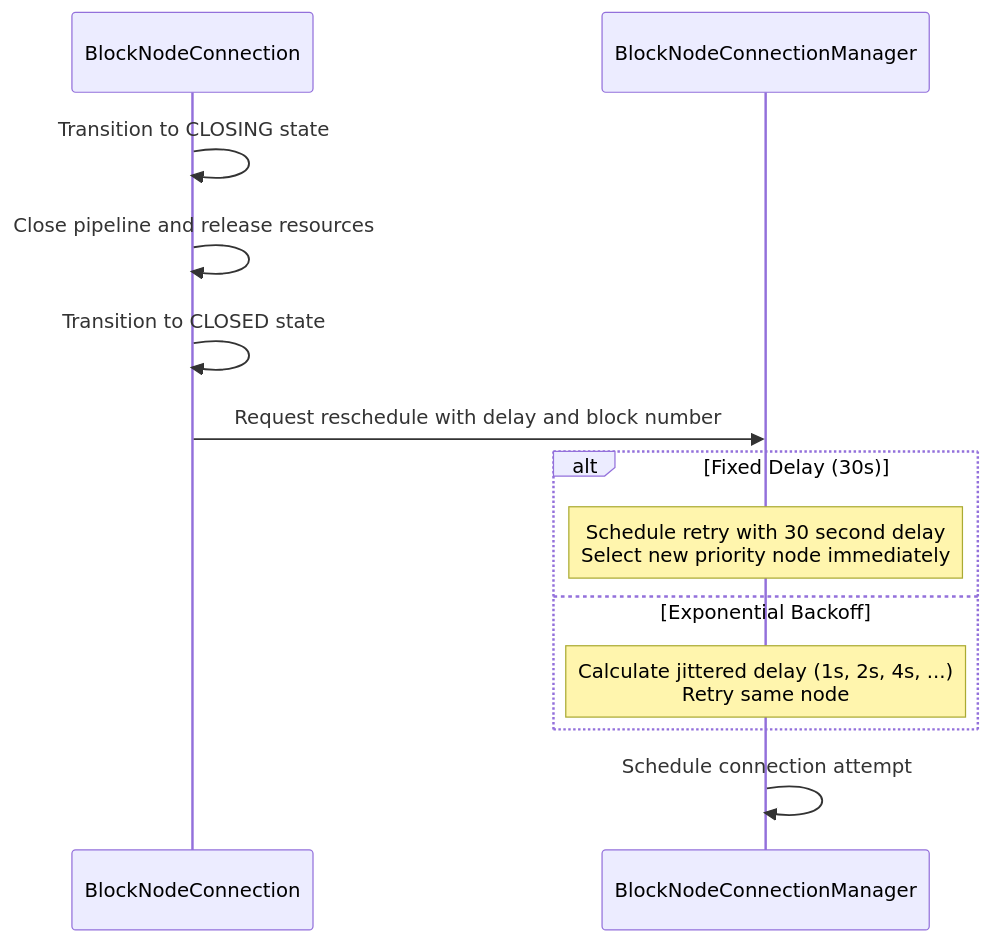
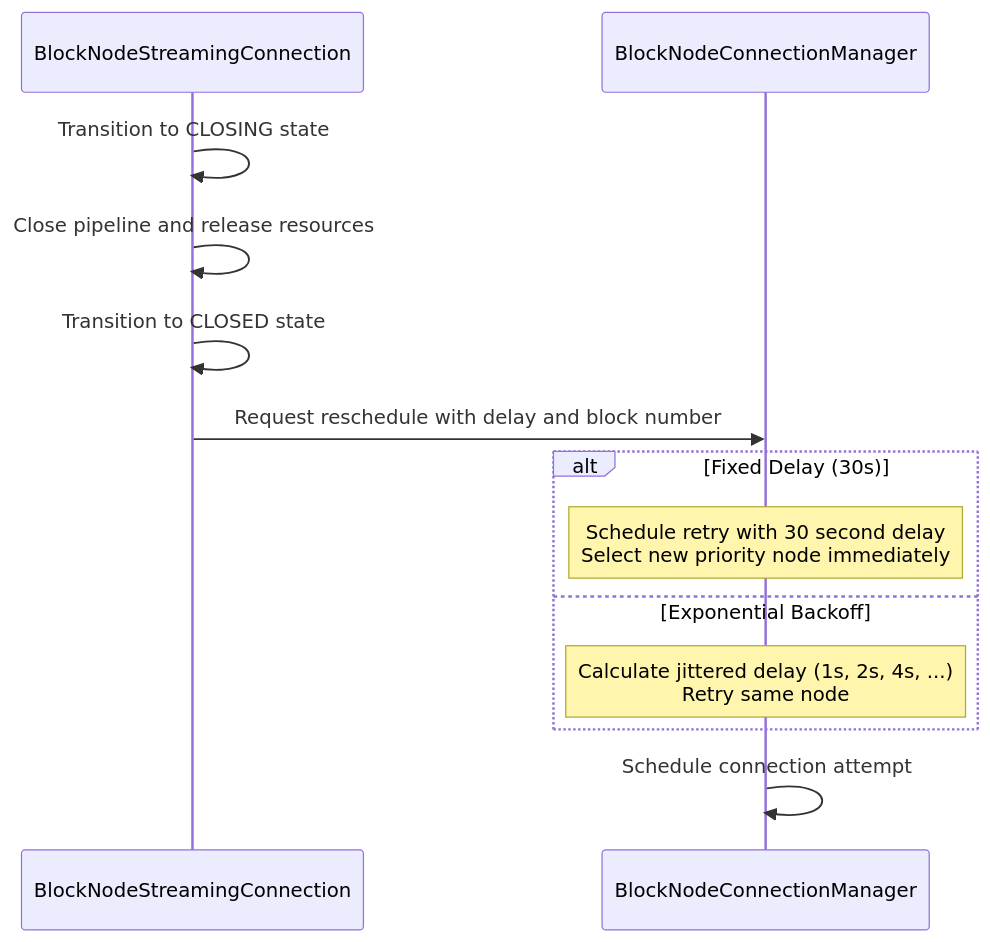
Before and after one commit to hiero-ledger/hiero-consensus-node: the second of 3 diagrams in hedera-node/docs/design/app/blocks/BlockNodeConnectionManager.md, drawn with Mermaid. The commit also changed other lines of this file and 20 other files, not shown here.

Commit message:
feat: When selecting a block node, use the block node server status

````diff
--- a/hedera-node/docs/design/app/blocks/BlockNodeConnectionManager.md
+++ b/hedera-node/docs/design/app/blocks/BlockNodeConnectionManager.md
@@ -94,18 +126,18 @@
 ```mermaid
 sequenceDiagram
-    participant Conn as BlockNodeConnection
+    participant Conn as BlockNodeStreamingConnection
     participant Manager as BlockNodeConnectionManager
 
     Conn->>Conn: Transition to CLOSING state
     Conn->>Conn: Close pipeline and release resources
     Conn->>Conn: Transition to CLOSED state
     Conn->>Manager: Request reschedule with delay and block number
 
     alt Fixed Delay (30s)
         Note over Manager: Schedule retry with 30 second delay<br/>Select new priority node immediately
     else Exponential Backoff
         Note over Manager: Calculate jittered delay (1s, 2s, 4s, ...)<br/>Retry same node
     end
 
     Manager->>Manager: Schedule connection attempt
 ```
````
